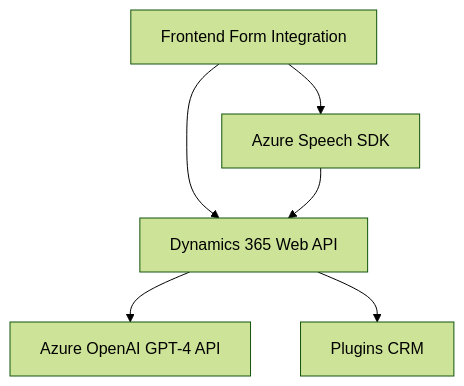
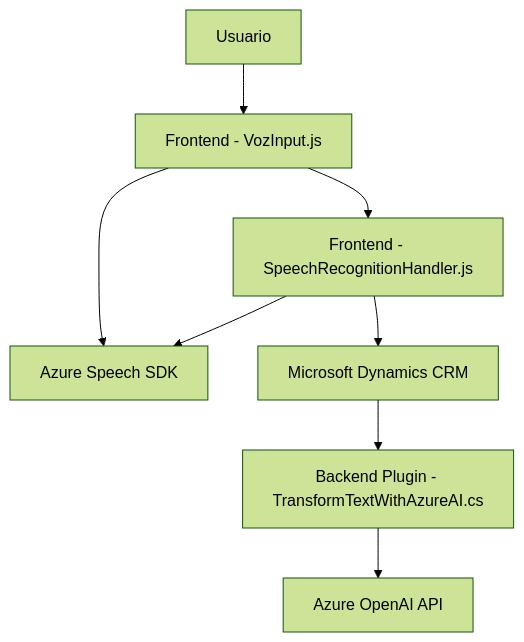
Before and after one commit to blopezdm/NETCORE_BILBAO2025: the diagram in README.md, drawn with Mermaid (forest theme). The commit also changed other lines of this file, not shown here.

````diff
--- a/README.md
+++ b/README.md
@@ -30,14 +43,18 @@
 ```mermaid
 graph TD
-    A["Frontend Form Integration"]
-    B["Azure Speech SDK"]
-    C["Dynamics 365 Web API"]
-    D["Azure OpenAI GPT-4 API"]
-    E["Plugins CRM"]
+    A["Usuario"]
+    B["Frontend - VozInput.js"]
+    C["Frontend - SpeechRecognitionHandler.js"]
+    D["Azure Speech SDK"]
+    E["Microsoft Dynamics CRM"]
+    F["Backend Plugin - TransformTextWithAzureAI.cs"]
+    G["Azure OpenAI API"]
     
     A --> B
-    A --> C
+    B --> D
     B --> C
     C --> D
     C --> E
+    E --> F
+    F --> G
 ```
````
